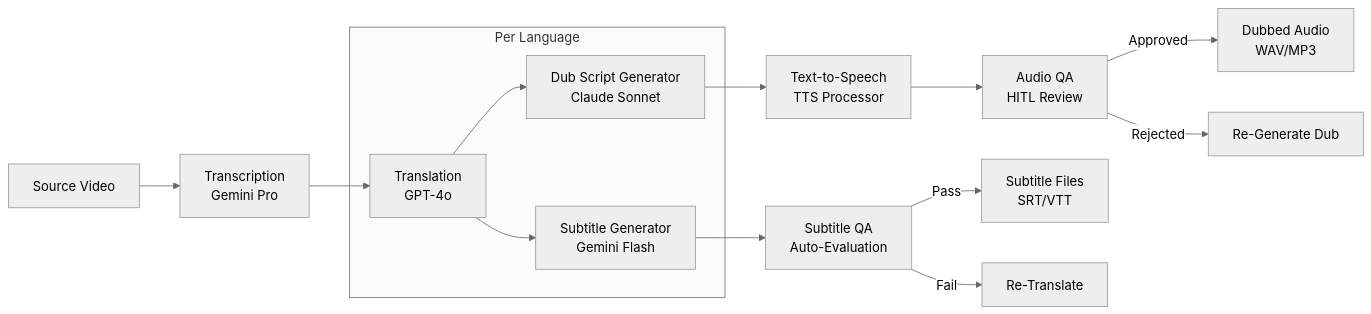
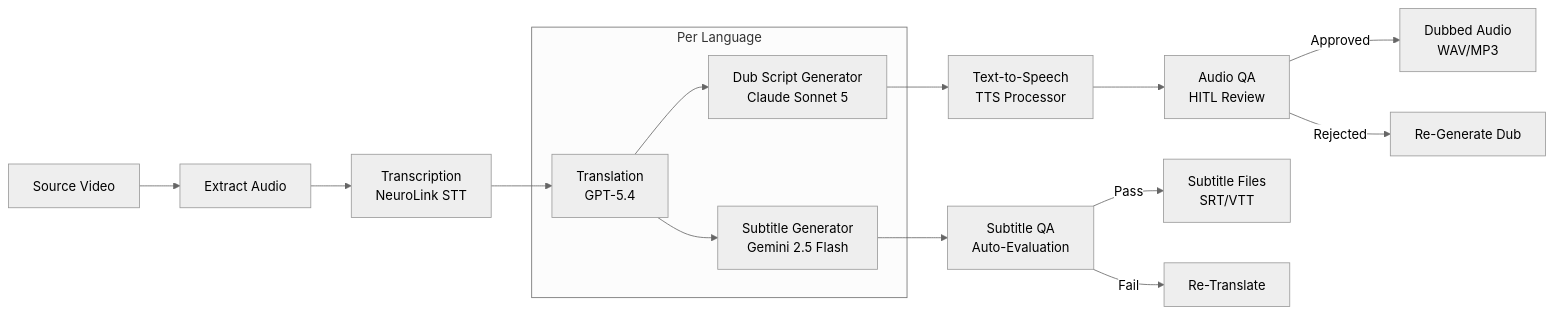
The diagram in _posts/2025-12-19-ai-content-localization-media.md (juspay/neurolink-blog), drawn with Mermaid (neutral theme) before and after one commit. The commit also changed other lines of this file and 172 other files, not shown here.

First line of the commit message:
fix(blog): audit every post against NeuroLink v12 and bring it up to date

````diff
--- a/_posts/2025-12-19-ai-content-localization-media.md
+++ b/_posts/2025-12-19-ai-content-localization-media.md
@@ -39,22 +39,23 @@
 ```mermaid
 flowchart LR
-    Source[Source Video] --> Transcribe[Transcription<br/>Gemini Pro]
-    Transcribe --> Translate[Translation<br/>GPT-4o]
-    Translate --> SubGen[Subtitle Generator<br/>Gemini Flash]
-    Translate --> DubGen[Dub Script Generator<br/>Claude Sonnet]
+    Source["Source Video"] --> Extract["Extract Audio"]
+    Extract --> Transcribe["Transcription<br/>NeuroLink STT"]
+    Transcribe --> Translate["Translation<br/>GPT-5.4"]
+    Translate --> SubGen["Subtitle Generator<br/>Gemini 2.5 Flash"]
+    Translate --> DubGen["Dub Script Generator<br/>Claude Sonnet 5"]
 
-    SubGen --> SubQA[Subtitle QA<br/>Auto-Evaluation]
-    DubGen --> TTS[Text-to-Speech<br/>TTS Processor]
-    TTS --> AudioQA[Audio QA<br/>HITL Review]
+    SubGen --> SubQA["Subtitle QA<br/>Auto-Evaluation"]
+    DubGen --> TTS["Text-to-Speech<br/>TTS Processor"]
+    TTS --> AudioQA["Audio QA<br/>HITL Review"]
 
-    SubQA -->|Pass| SubOutput[Subtitle Files<br/>SRT/VTT]
-    SubQA -->|Fail| SubFix[Re-Translate]
-    AudioQA -->|Approved| AudioOutput[Dubbed Audio<br/>WAV/MP3]
-    AudioQA -->|Rejected| DubFix[Re-Generate Dub]
+    SubQA -->|"Pass"| SubOutput["Subtitle Files<br/>SRT/VTT"]
+    SubQA -->|"Fail"| SubFix["Re-Translate"]
+    AudioQA -->|"Approved"| AudioOutput["Dubbed Audio<br/>WAV/MP3"]
+    AudioQA -->|"Rejected"| DubFix["Re-Generate Dub"]
 
-    subgraph Per Language
+    subgraph Language["Per Language"]
         Translate
         SubGen
         DubGen
     end
 ```
````
